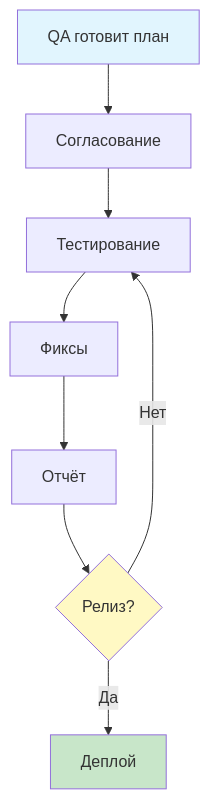
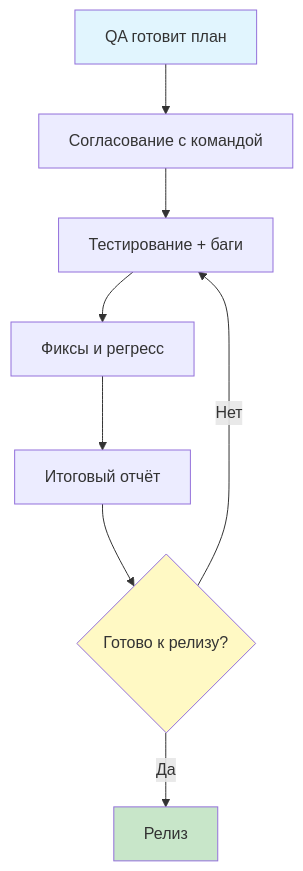
Before and after one commit to cheryst24-code-qa/test-plan: the diagram in README.md, drawn with Mermaid.

Commit message:
fix graph TD

````diff
--- a/README.md
+++ b/README.md
@@ -61,15 +61,15 @@
 ```mermaid
 graph TD
-  A[QA готовит план] --> B[Согласование]
-  B --> C[Тестирование]
-  C --> D[Фиксы]
-  D --> E[Отчёт]
-  E --> F{Релиз?}
+  A[QA готовит план] --> B[Согласование с командой]
+  B --> C[Тестирование + баги]
+  C --> D[Фиксы и регресс]
+  D --> E[Итоговый отчёт]
+  E --> F{Готово к релизу?}
   F -->|Нет| C
-  F -->|Да| G[Деплой]
-  
+  F -->|Да| G[Релиз]
+    
   style A fill:#e1f5fe
   style G fill:#c8e6c9
   style F fill:#fff9c4
   
 ```
````
